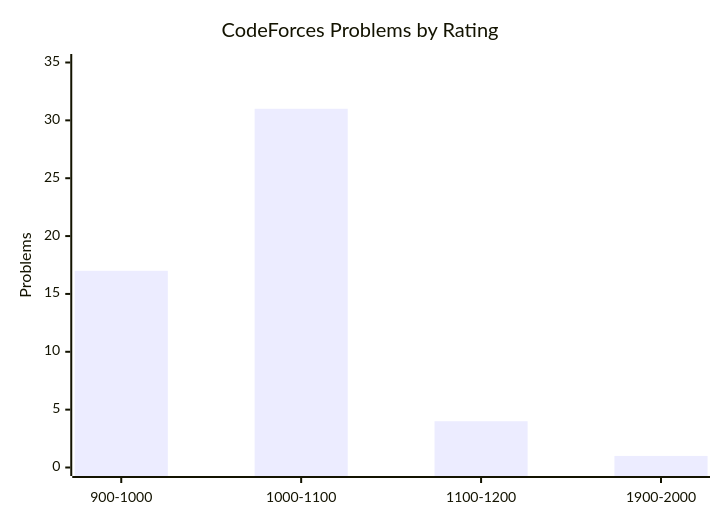
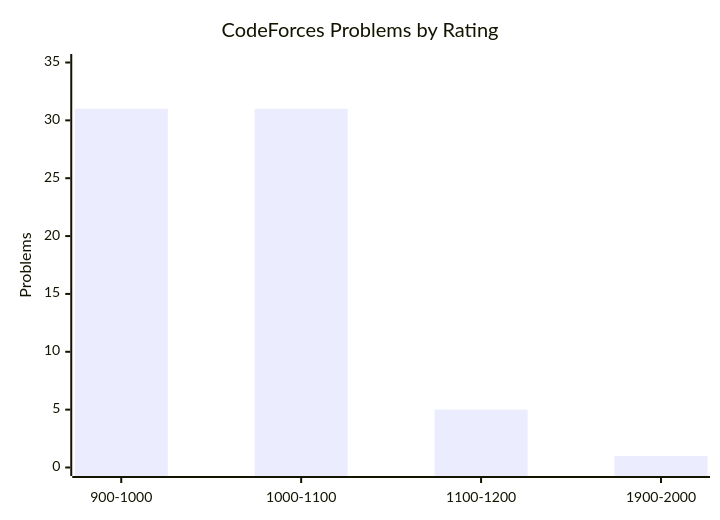
One commit to thevanshit/Competitive_Programming changed the diagram in README.md. Above: the diagram before and after it, drawn with Mermaid. The commit also changed other lines of this file and 4 other files, not shown here.

````diff
--- a/README.md
+++ b/README.md
@@ -38,7 +38,7 @@
 ```mermaid
 xychart-beta
   title "CodeForces Problems by Rating"
   x-axis ["900-1000", "1000-1100", "1100-1200", "1900-2000"]
   y-axis "Problems" 0 --> 35
-  bar [17, 31, 4, 1]
+  bar [31, 31, 5, 1]
 ```
````
